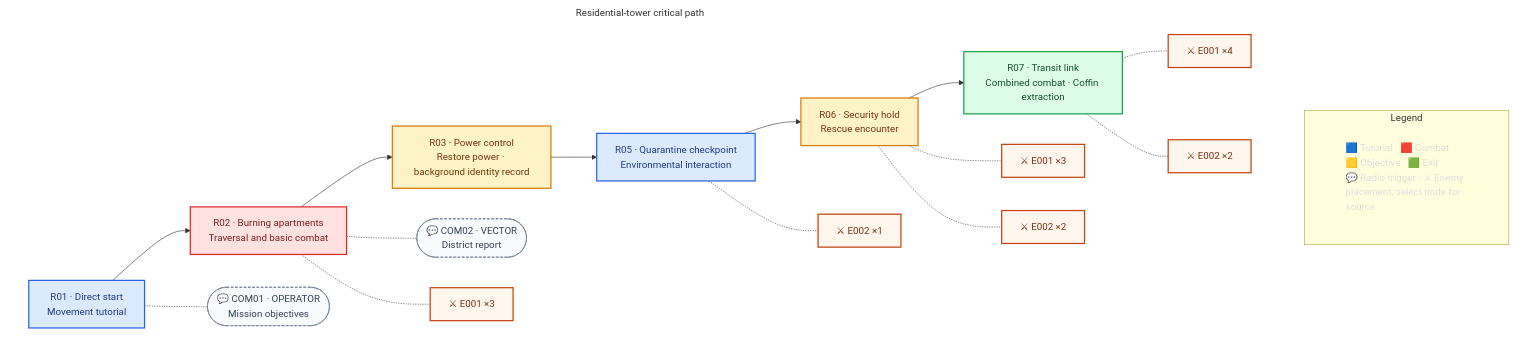
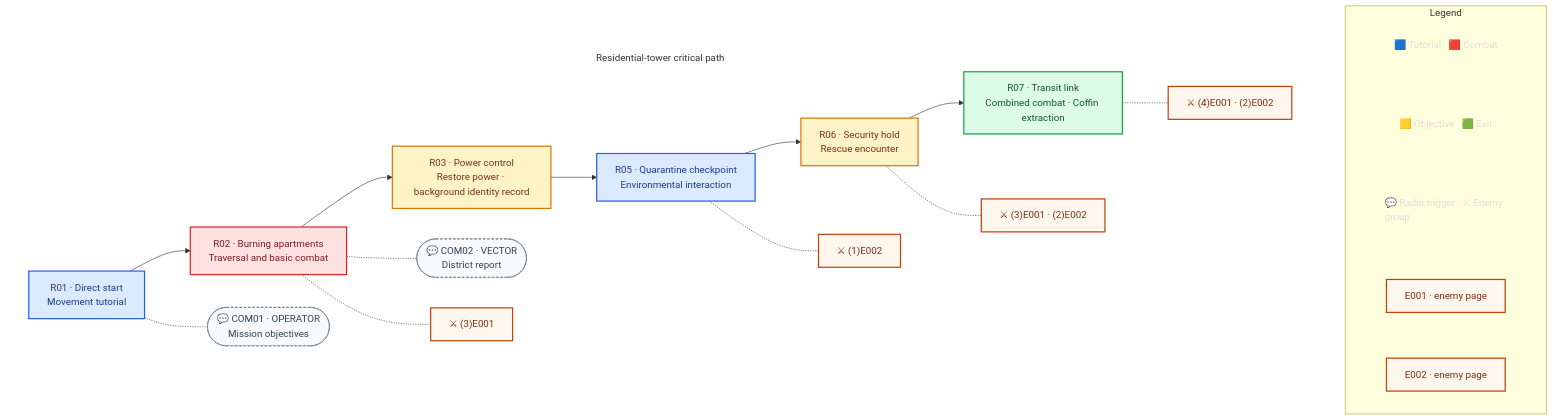
The diagram in missions/m01.md (justgook/imprint-zero), drawn with Mermaid before and after one commit. The commit also changed other lines of this file, not shown here.

Commit message:
🗺️(missions): group M01 enemies and expand graph legend

````diff
--- a/missions/m01.md
+++ b/missions/m01.md
@@ -20,51 +20,51 @@
 ```mermaid
 flowchart TB
     subgraph Legend[Legend]
-        L["🟦 Tutorial · 🟥 Combat · 🟨 Objective · 🟩 Exit<br/>💬 Radio trigger · ⚔ Enemy placement; select node for source"]
+        direction TB
+        L1["🟦 Tutorial · 🟥 Combat"]
+        L2["🟨 Objective · 🟩 Exit"]
+        L3["💬 Radio trigger · ⚔ Enemy group"]
+        E001["E001 · enemy page"]
+        E002["E002 · enemy page"]
+        L1 ~~~ L2 ~~~ L3 ~~~ E001 ~~~ E002
     end
 
     subgraph Route[Residential-tower critical path]
         direction LR
         R01["R01 · Direct start<br/>Movement tutorial"] --> R02["R02 · Burning apartments<br/>Traversal and basic combat"]
         R02 --> R03["R03 · Power control<br/>Restore power · background identity record"]
         R03 --> R05["R05 · Quarantine checkpoint<br/>Environmental interaction"]
         R05 --> R06["R06 · Security hold<br/>Rescue encounter"]
         R06 --> R07["R07 · Transit link<br/>Combined combat · Coffin extraction"]
 
         R01 -.- COM01(["💬 COM01 · OPERATOR<br/>Mission objectives"])
         R02 -.- COM02(["💬 COM02 · VECTOR<br/>District report"])
 
-        R02 -.- R02E001["⚔ E001 ×3"]
-        R05 -.- R05E002["⚔ E002 ×1"]
-        R06 -.- R06E001["⚔ E001 ×3"]
-        R06 -.- R06E002["⚔ E002 ×2"]
-        R07 -.- R07E001["⚔ E001 ×4"]
-        R07 -.- R07E002["⚔ E002 ×2"]
+        R02 -.- R02EN["⚔ (3)E001"]
+        R05 -.- R05EN["⚔ (1)E002"]
+        R06 -.- R06EN["⚔ (3)E001 · (2)E002"]
+        R07 -.- R07EN["⚔ (4)E001 · (2)E002"]
     end
 
     click COM01 href "#/locale/en/dialogue.po?entry=dialogue.m01.com01"
     click COM02 href "#/locale/en/dialogue.po?entry=dialogue.m01.com02"
-    click R02E001 href "#/enemies/e001"
-    click R06E001 href "#/enemies/e001"
-    click R07E001 href "#/enemies/e001"
-    click R05E002 href "#/enemies/e002"
-    click R06E002 href "#/enemies/e002"
-    click R07E002 href "#/enemies/e002"
+    click E001 href "#/enemies/e001"
+    click E002 href "#/enemies/e002"
 
     classDef tutorial fill:#dbeafe,stroke:#2563eb,color:#1e3a8a,stroke-width:2px;
     classDef combat fill:#fee2e2,stroke:#dc2626,color:#7f1d1d,stroke-width:2px;
     classDef objective fill:#fef3c7,stroke:#d97706,color:#78350f,stroke-width:2px;
     classDef exit fill:#dcfce7,stroke:#16a34a,color:#14532d,stroke-width:2px;
     classDef communication fill:#f8fafc,stroke:#64748b,color:#334155,stroke-width:1px,stroke-dasharray:4 3;
     classDef enemy fill:#fff7ed,stroke:#c2410c,color:#7c2d12,stroke-width:2px;
     classDef legend fill:none,stroke:none,color:#ddd,text-align:left;
 
     class R01,R05 tutorial;
     class R02 combat;
     class R03,R06 objective;
     class R07 exit;
     class COM01,COM02 communication;
-    class R02E001,R06E001,R07E001,R05E002,R06E002,R07E002 enemy;
-    class L legend;
+    class R02EN,R05EN,R06EN,R07EN,E001,E002 enemy;
+    class L1,L2,L3 legend;
     style Route fill:none,stroke:none;
 ```
````
